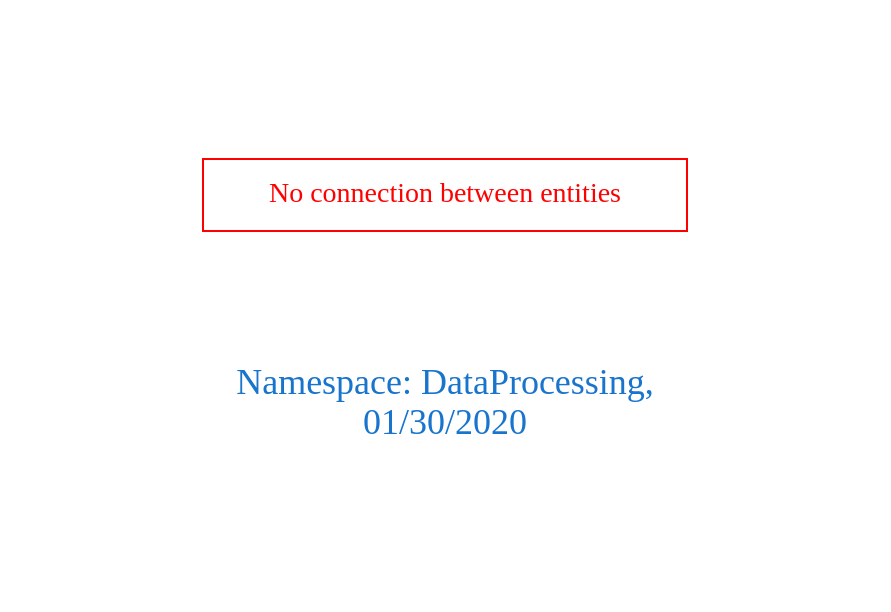
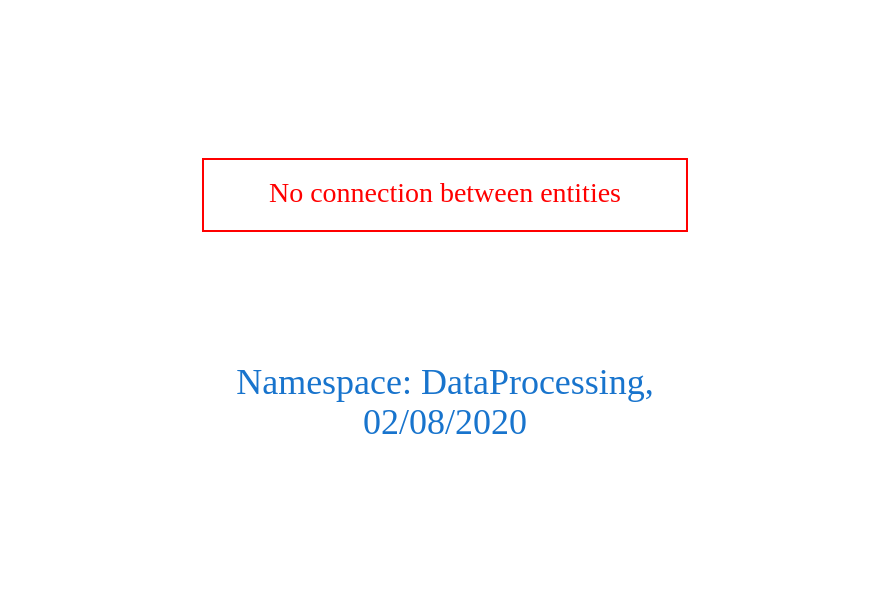
One commit to arago/OGIT changed the diagram in downloads/DataProcessing.dot. Above: the diagram before and after it, drawn with Graphviz. The commit also changed 1725 other files, not shown here.

```diff
--- a/downloads/DataProcessing.dot
+++ b/downloads/DataProcessing.dot
@@ -1,9 +1,9 @@
 digraph OGIT_ontology {
  graph [ rankdir= LR,pad=1 
 fontsize = 18,
-fontcolor= dodgerblue3,label = "\n\n\nNamespace: DataProcessing, \n 01/30/2020"];
+fontcolor= dodgerblue3,label = "\n\n\nNamespace: DataProcessing, \n 02/08/2020"];
 node[shape=polygon];
 edge [  color="gray81"];
 
 "No connection between entities" [fontcolor = "red",color="red", shape="polygon"]
 }
```
